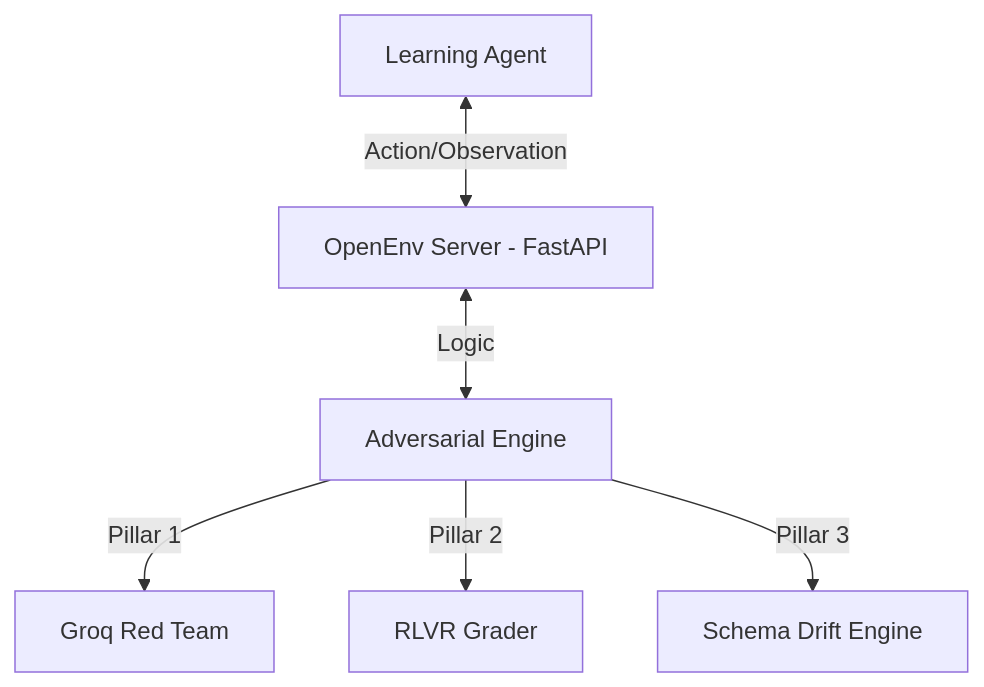
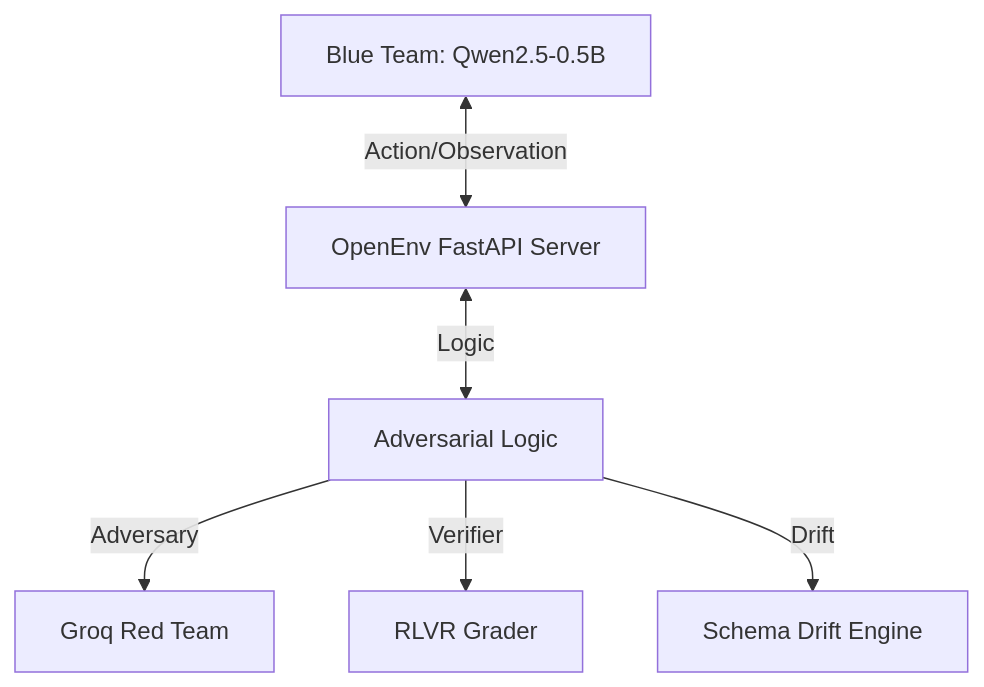
One commit to agp-369/infra-security-agent-workflow changed the diagram in README.md. Above: the diagram before and after it, drawn with Mermaid. The commit also changed other lines of this file and 4 other files, not shown here.

````diff
--- a/README.md
+++ b/README.md
@@ -9,8 +16,8 @@
 ```mermaid
 graph TD
-    Agent[Learning Agent] <--> |Action/Observation| EnvServer[OpenEnv Server - FastAPI]
-    EnvServer <--> |Logic| SecurityLogEnv[Adversarial Engine]
-    SecurityLogEnv --> |Pillar 1| RedTeam[Groq Red Team]
-    SecurityLogEnv --> |Pillar 2| Grader[RLVR Grader]
-    SecurityLogEnv --> |Pillar 3| Drift[Schema Drift Engine]
+    Agent[Blue Team: Qwen2.5-0.5B] <--> |Action/Observation| EnvServer[OpenEnv FastAPI Server]
+    EnvServer <--> |Logic| SecurityLogEnv[Adversarial Logic]
+    SecurityLogEnv --> |Adversary| RedTeam[Groq Red Team]
+    SecurityLogEnv --> |Verifier| RLVR[RLVR Grader]
+    SecurityLogEnv --> |Drift| Drift[Schema Drift Engine]
 ```
````
